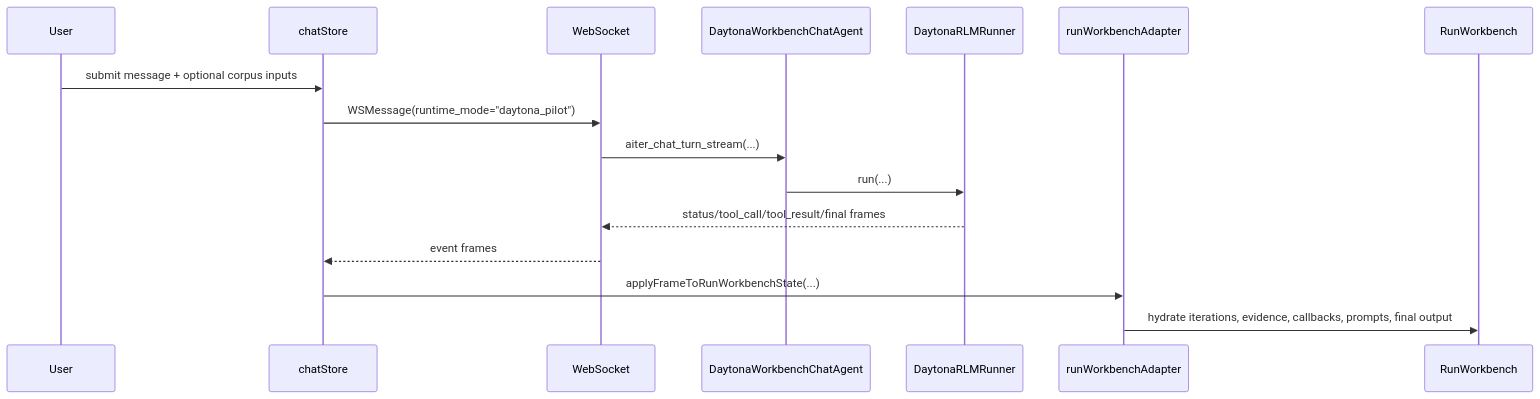
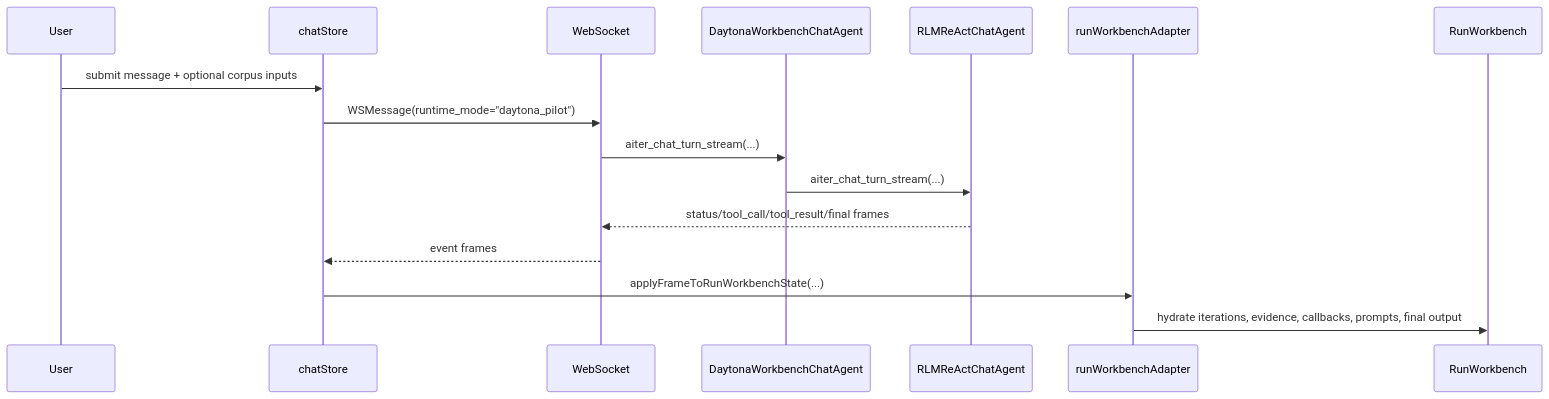
Before and after one commit to Qredence/fleet-rlm: the third of 6 diagrams in docs/architecture.md, drawn with Mermaid. The commit also changed other lines of this file and 53 other files, not shown here.

Commit message:
migrate daytona to shared rlm runtime

````diff
--- a/docs/architecture.md
+++ b/docs/architecture.md
@@ -288,19 +275,19 @@
 ```mermaid
 sequenceDiagram
     participant User as User
     participant Store as chatStore
     participant WS as WebSocket
     participant Agent as DaytonaWorkbenchChatAgent
-    participant Runner as DaytonaRLMRunner
+    participant Shared as RLMReActChatAgent
     participant Adapter as runWorkbenchAdapter
     participant UI as RunWorkbench
 
     User->>Store: submit message + optional corpus inputs
     Store->>WS: WSMessage(runtime_mode="daytona_pilot")
     WS->>Agent: aiter_chat_turn_stream(...)
-    Agent->>Runner: run(...)
-    Runner-->>WS: status/tool_call/tool_result/final frames
+    Agent->>Shared: aiter_chat_turn_stream(...)
+    Shared-->>WS: status/tool_call/tool_result/final frames
     WS-->>Store: event frames
     Store->>Adapter: applyFrameToRunWorkbenchState(...)
     Adapter->>UI: hydrate iterations, evidence, callbacks, prompts, final output
 ```
````
